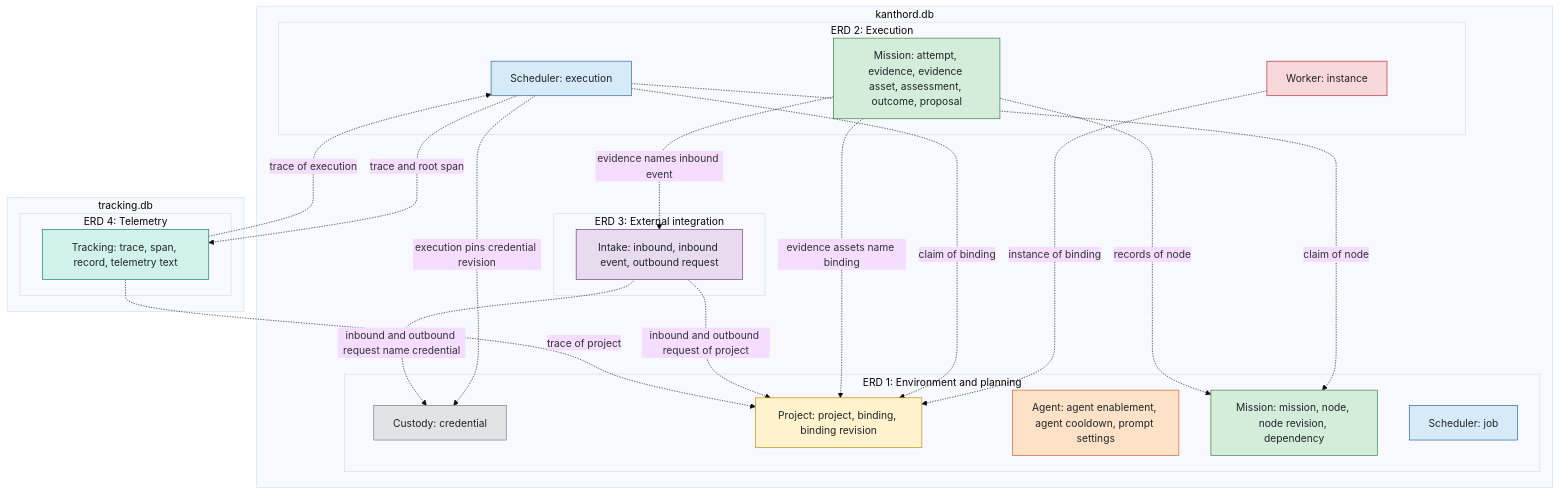
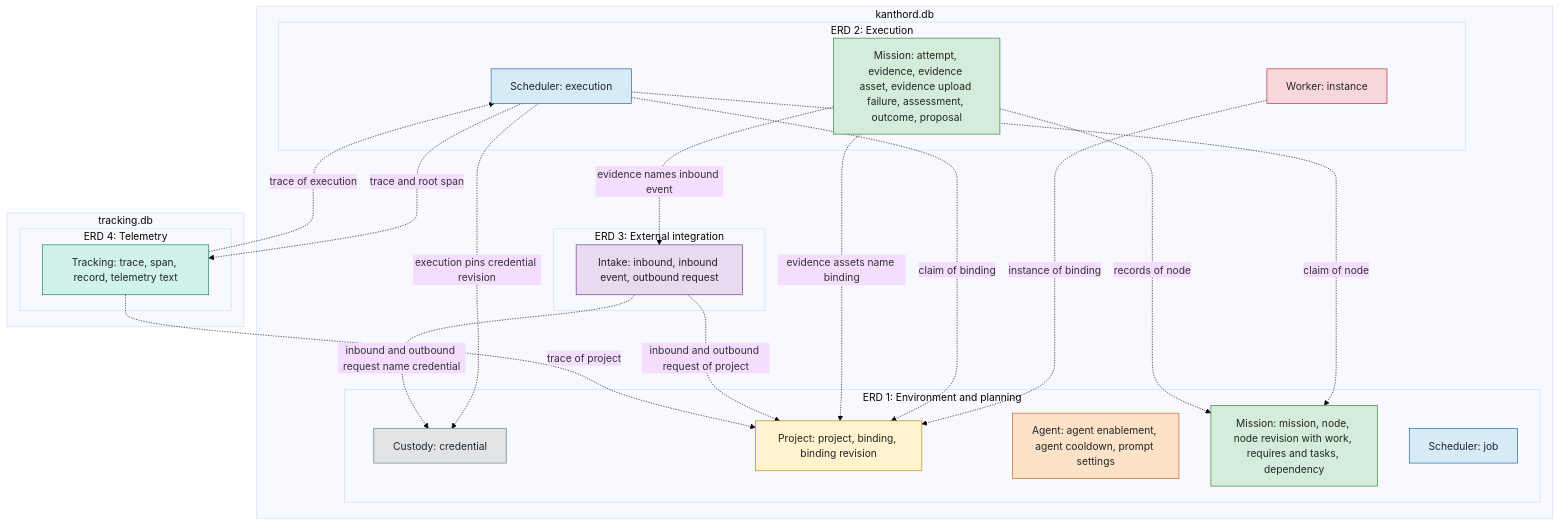
The diagram in docs/reference/erd/README.md (kanthorlabs/kanthord), drawn with Mermaid (base theme) before and after one commit. The commit also changed other lines of this file and 2 other files, not shown here.

Commit message:
docs(erd): describe flat nodes in the planning and execution views

````diff
--- a/docs/reference/erd/README.md
+++ b/docs/reference/erd/README.md
@@ -32,58 +32,58 @@
 ```mermaid
 flowchart TB
     subgraph db1["kanthord.db"]
         subgraph v1["ERD 1: Environment and planning"]
             c1["Custody: credential"]
             p1["Project: project, binding, binding revision"]
             a1["Agent: agent enablement, agent cooldown, prompt settings"]
-            m1["Mission: mission, node, node revision, dependency"]
+            m1["Mission: mission, node, node revision with work, requires and tasks, dependency"]
             s1["Scheduler: job"]
         end
         subgraph v2["ERD 2: Execution"]
             w2["Worker: instance"]
             s2["Scheduler: execution"]
-            m2["Mission: attempt, evidence, evidence asset, assessment, outcome, proposal"]
+            m2["Mission: attempt, evidence, evidence asset, evidence upload failure, assessment, outcome, proposal"]
         end
         subgraph v3["ERD 3: External integration"]
             i3["Intake: inbound, inbound event, outbound request"]
         end
     end
     subgraph db2["tracking.db"]
         subgraph v4["ERD 4: Telemetry"]
             t4["Tracking: trace, span, record, telemetry text"]
         end
     end
 
     w2 -.->|instance of binding| p1
     s2 -.->|claim of node| m1
     s2 -.->|claim of binding| p1
     s2 -.->|execution pins credential revision| c1
     m2 -.->|records of node| m1
     m2 -.->|evidence assets name binding| p1
 
     i3 -.->|inbound and outbound request of project| p1
     i3 -.->|inbound and outbound request name credential| c1
     m2 -.->|evidence names inbound event| i3
 
     t4 -.->|trace of execution| s2
     s2 -.->|trace and root span| t4
     t4 -.->|trace of project| p1
 
     classDef custody fill:#e2e3e5,stroke:#6c757d,color:#212529
     classDef project fill:#fff3cd,stroke:#b8860b,color:#212529
     classDef worker fill:#f8d7da,stroke:#b02a37,color:#212529
     classDef agent fill:#fde2c8,stroke:#c0602b,color:#212529
     classDef mission fill:#d4edda,stroke:#2e7d32,color:#212529
     classDef scheduler fill:#d6eaf8,stroke:#1f618d,color:#212529
     classDef intake fill:#e8daef,stroke:#6c3483,color:#212529
     classDef tracking fill:#d1f2eb,stroke:#117a65,color:#212529
 
     class c1 custody
     class p1 project
     class w2 worker
     class a1 agent
     class m1,m2 mission
     class s1,s2 scheduler
     class i3 intake
     class t4 tracking
 ```
````
